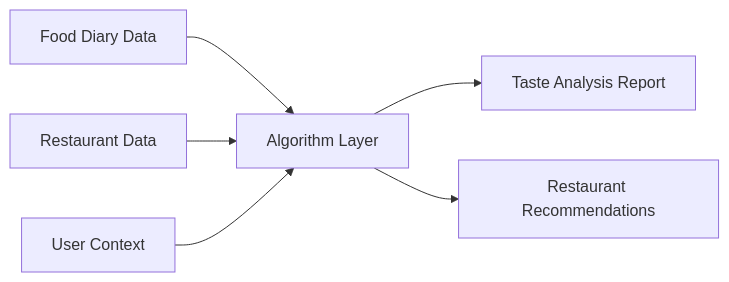
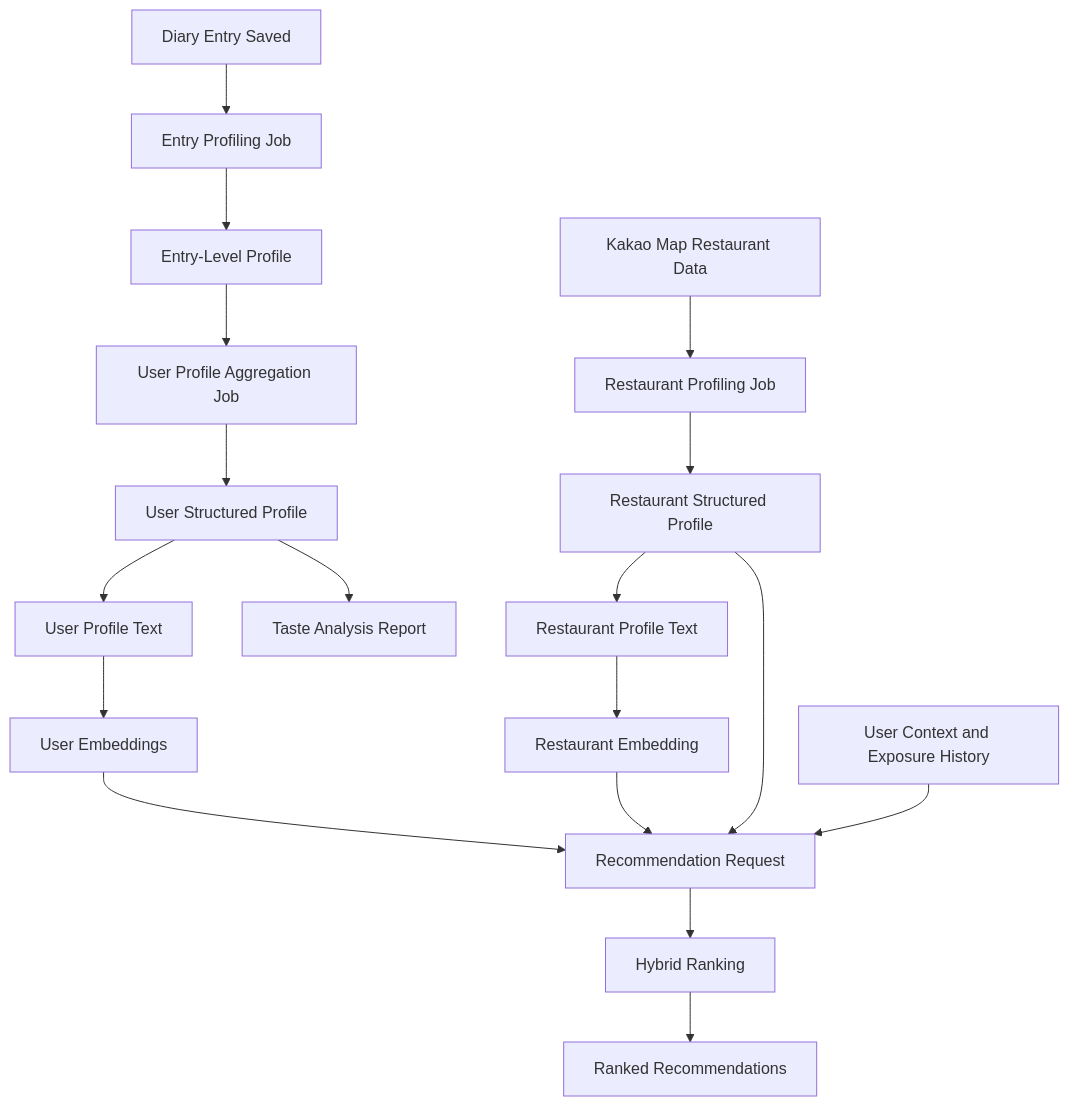
One commit to juneharold/cs350-snapplate changed the first of 3 diagrams in juneha-algorithm.md. Above: the diagram before and after it, drawn with Mermaid. The commit also changed other lines of this file, not shown here.

````diff
--- a/juneha-algorithm.md
+++ b/juneha-algorithm.md
@@ -27,8 +74,22 @@
 ```mermaid
-flowchart LR
-    A[Food Diary Data] --> C[Algorithm Layer]
-    B[Restaurant Data] --> C
-    D[User Context] --> C
-    C --> E[Taste Analysis Report]
-    C --> F[Restaurant Recommendations]
+flowchart TD
+    A[Diary Entry Saved] --> B[Entry Profiling Job]
+    B --> C[Entry-Level Profile]
+    C --> D[User Profile Aggregation Job]
+    D --> E[User Structured Profile]
+    E --> F[User Profile Text]
+    F --> G[User Embeddings]
+    E --> H[Taste Analysis Report]
+
+    I[Kakao Map Restaurant Data] --> J[Restaurant Profiling Job]
+    J --> K[Restaurant Structured Profile]
+    K --> L[Restaurant Profile Text]
+    L --> M[Restaurant Embedding]
+
+    G --> N[Recommendation Request]
+    M --> N
+    K --> N
+    O[User Context and Exposure History] --> N
+    N --> P[Hybrid Ranking]
+    P --> Q[Ranked Recommendations]
 ```
````
